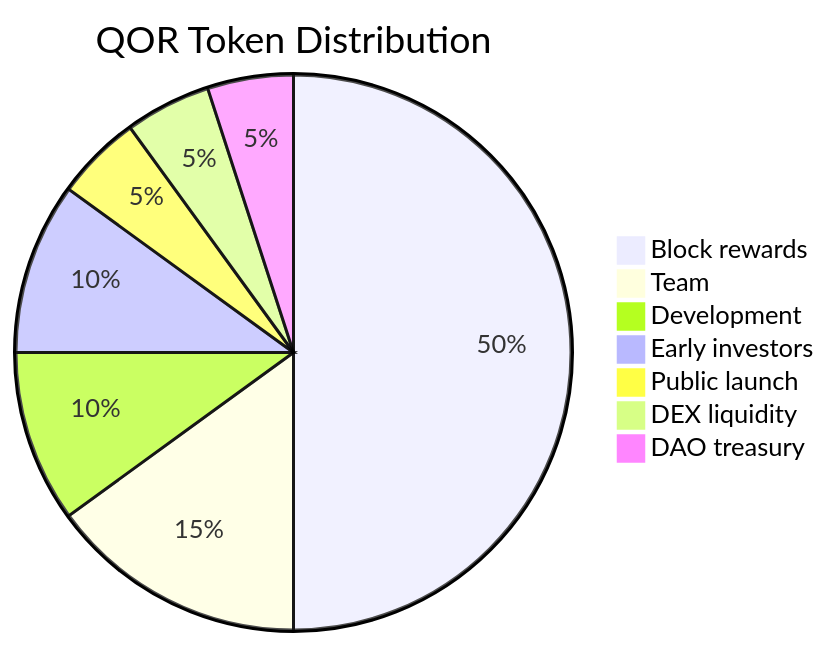
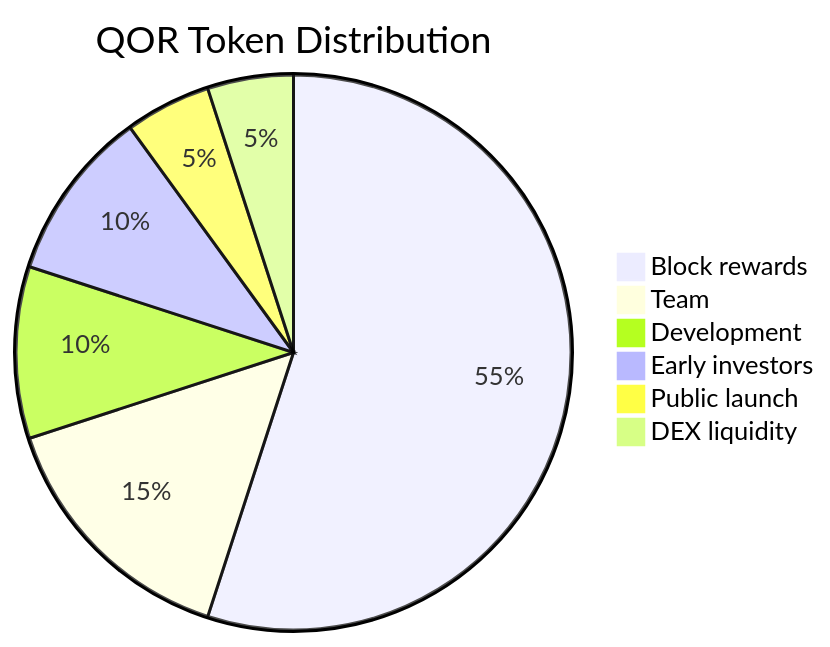
Before and after one commit to QoraNet/.github: diagram 11 of 12 in profile/README.md, drawn with Mermaid. The commit also changed other lines of this file, not shown here.

````diff
--- a/profile/README.md
+++ b/profile/README.md
@@ -218,10 +314,9 @@
 ```mermaid
 pie title QOR Token Distribution
-    "Block rewards" : 50
+    "Block rewards" : 55
     "Team" : 15
     "Development" : 10
     "Early investors" : 10
     "Public launch" : 5
     "DEX liquidity" : 5
-    "DAO treasury" : 5
 ```
````
